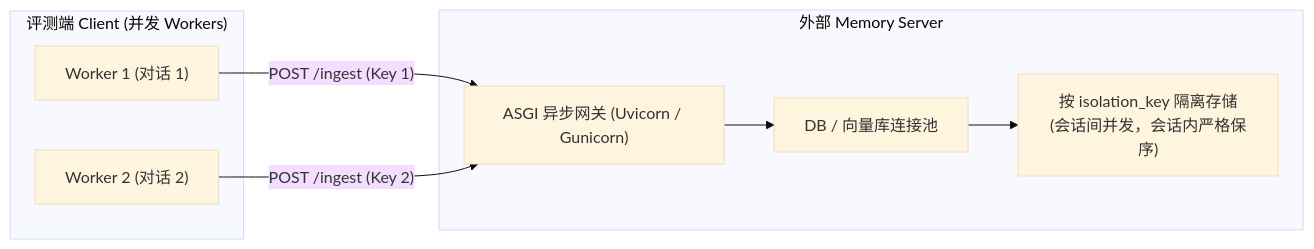
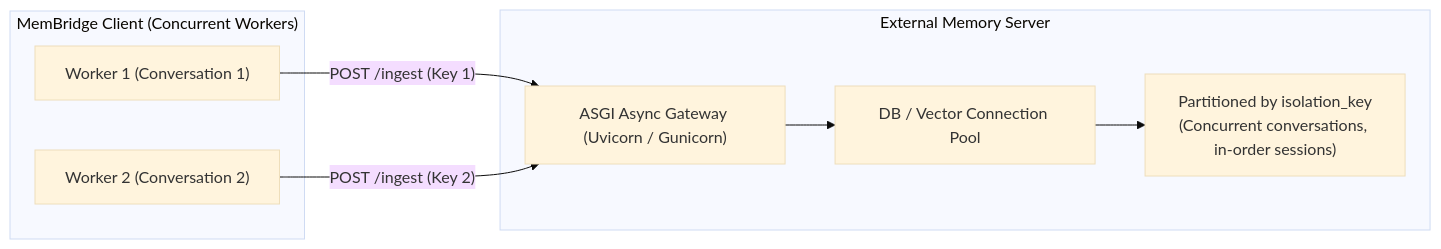
Before and after one commit to zzp-elio/MemBridge: the diagram in README.md, drawn with Mermaid (base theme). The commit also changed other lines of this file and 2 other files, not shown here.

````diff
--- a/README.md
+++ b/README.md
@@ -187,16 +189,16 @@
 ```mermaid
 flowchart LR
-    subgraph Client["评测端 Client (并发 Workers)"]
-        W1["Worker 1 (对话 1)"]
-        W2["Worker 2 (对话 2)"]
+    subgraph Client["MemBridge Client (Concurrent Workers)"]
+        W1["Worker 1 (Conversation 1)"]
+        W2["Worker 2 (Conversation 2)"]
     end
-    subgraph Server["外部 Memory Server"]
-        ASGI["ASGI 异步网关 (Uvicorn / Gunicorn)"]
-        POOL["DB / 向量库连接池"]
-        LOCK["按 isolation_key 隔离存储<br/>(会话间并发，会话内严格保序)"]
+    subgraph Server["External Memory Server"]
+        ASGI["ASGI Async Gateway (Uvicorn / Gunicorn)"]
+        POOL["DB / Vector Connection Pool"]
+        LOCK["Partitioned by isolation_key<br/>(Concurrent conversations, in-order sessions)"]
     end
     W1 -->|"POST /ingest (Key 1)"| ASGI
     W2 -->|"POST /ingest (Key 2)"| ASGI
     ASGI --> POOL
     POOL --> LOCK
 ```
````
